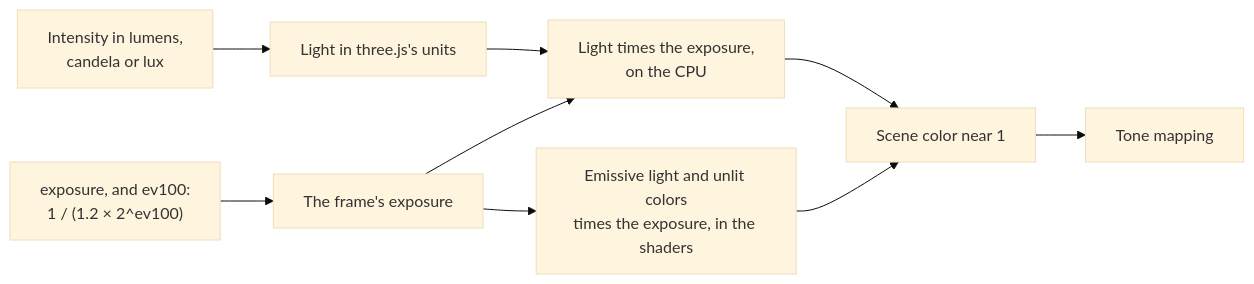
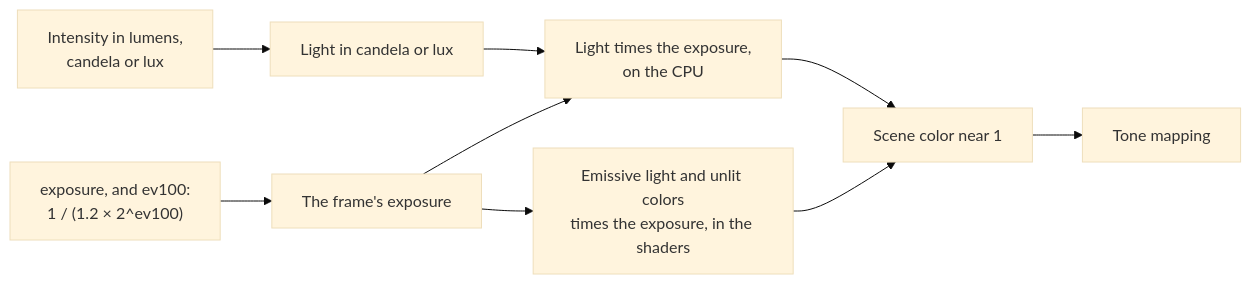
One commit to null3d-engine/null3d changed the second of 6 diagrams in docs/concepts/lighting.md. Above: the diagram before and after it, drawn with Mermaid (base theme). The commit also changed other lines of this file and 112 other files, not shown here.

````diff
--- a/docs/concepts/lighting.md
+++ b/docs/concepts/lighting.md
@@ -80,11 +80,11 @@
 ```mermaid
 flowchart LR
-    units["Intensity in lumens,<br/>candela or lux"] --> light["Light in three.js's units"]
+    units["Intensity in lumens,<br/>candela or lux"] --> light["Light in candela or lux"]
     camera["exposure, and ev100:<br/>1 / (1.2 × 2^ev100)"] --> factor["The frame's exposure"]
     light --> times["Light times the exposure,<br/>on the CPU"]
     factor --> times
     factor --> shaders["Emissive light and unlit colors<br/>times the exposure, in the shaders"]
     times --> scene["Scene color near 1"]
     shaders --> scene
     scene --> tone["Tone mapping"]
 ```
````
